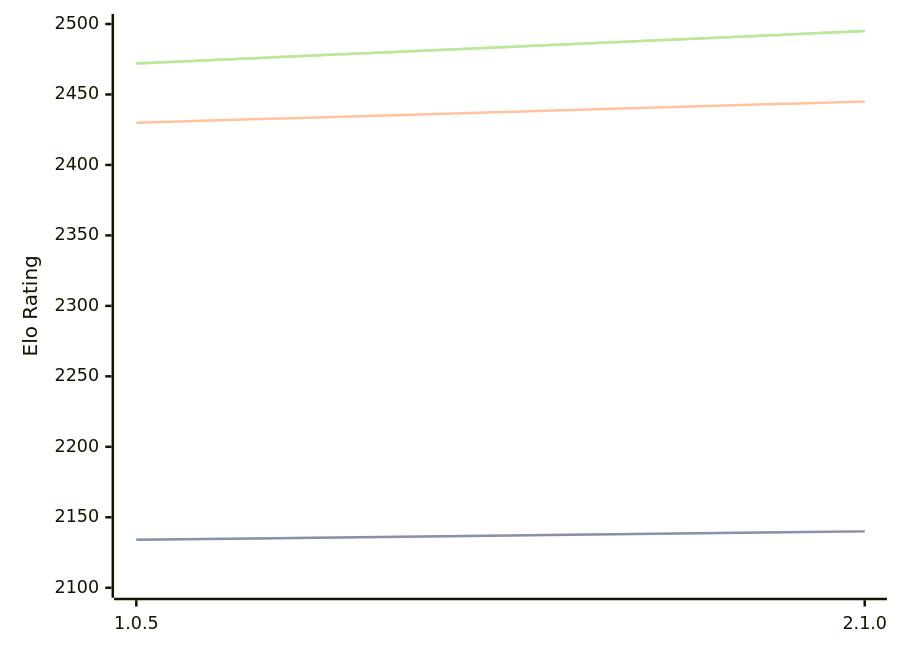
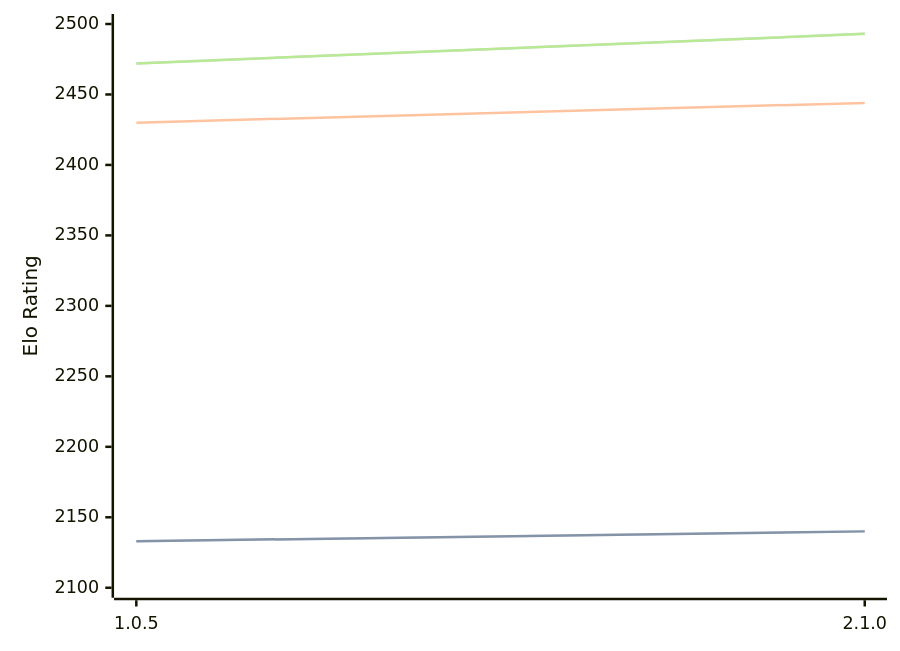
Before and after one commit to computer-chess-index/cci: the third of 3 diagrams in engines/Ruffian.md, drawn with Mermaid. The commit also changed other lines of this file, not shown here.

Commit message:
Update CCI Ratings (ELO VLTC) - 2026-06-19

````diff
--- a/engines/Ruffian.md
+++ b/engines/Ruffian.md
@@ -65,11 +65,11 @@
 ```mermaid
 %%{init: {"theme":"base","themeVariables":{"seriesColors:['#a3a3a3','#222221','#faa371']}}}%%
 xychart-beta
   x-axis ["1.0.5", "2.1.0"]
   y-axis "Elo Rating" 2100 --> 2500
-  line "STC (8.0+0.08s)" [2134, 2140]
-  line "STC (8.0+0.08s)" [2134, 2140]
-  line "LTC (60.0+0.60s)" [2430, 2445]
-  line "VLTC (2m24s+1.12s)" [2472, 2495]
-  line "VLTC (2m24s+1.12s)" [2472, 2495]
+  line "STC (8.0+0.08s)" [2133, 2140]
+  line "STC (8.0+0.08s)" [2133, 2140]
+  line "LTC (60.0+0.60s)" [2430, 2444]
+  line "VLTC (2m24s+1.12s)" [2472, 2493]
+  line "VLTC (2m24s+1.12s)" [2472, 2493]
 ```
````
